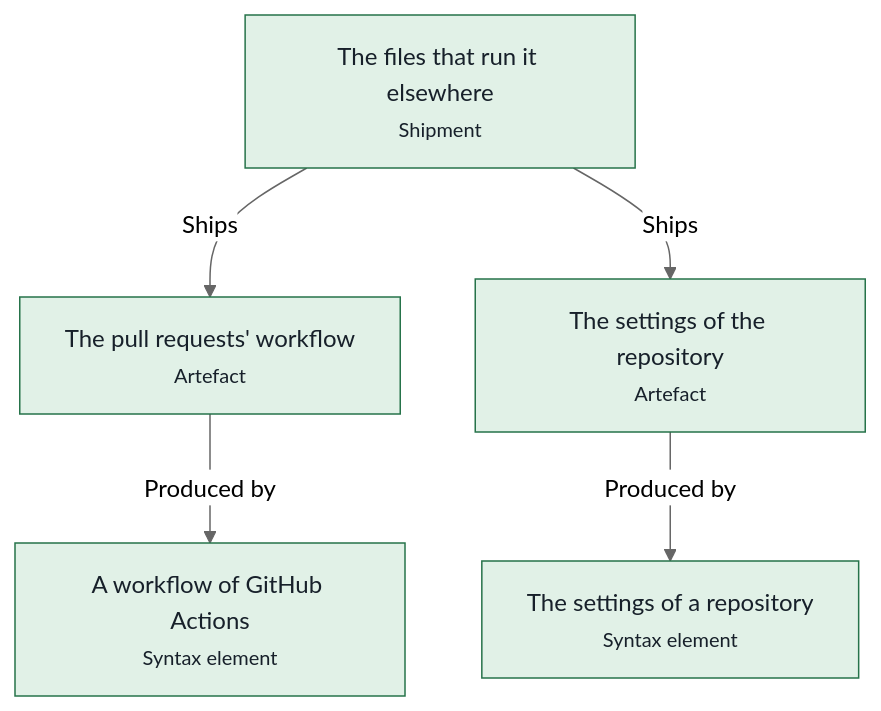
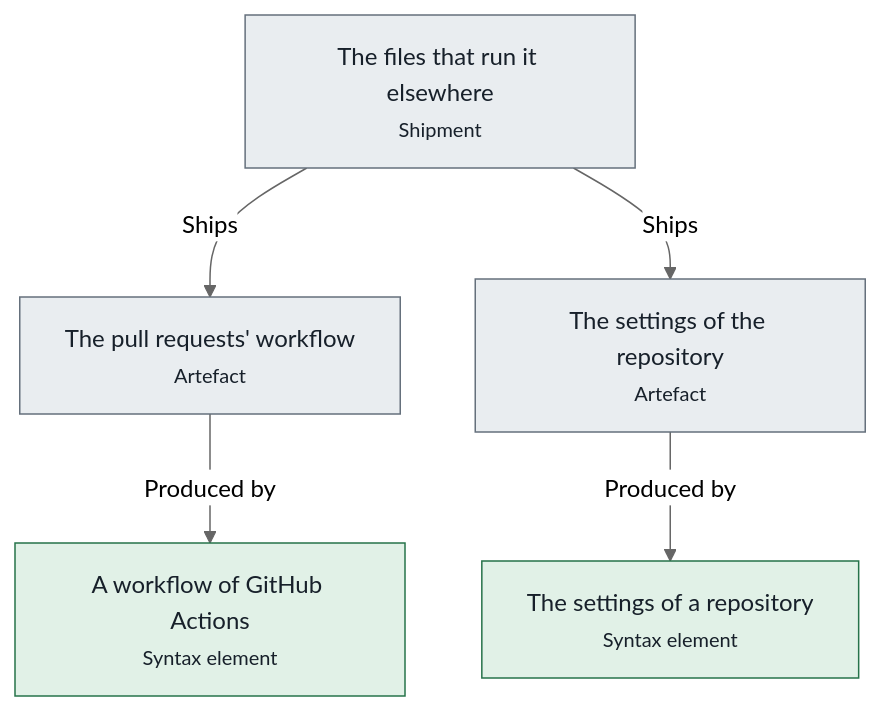
One commit to advancedcognitivesystems-ai/trame changed the third of 3 diagrams in docs/pipelines.md. Above: the diagram before and after it, drawn with Mermaid (neutral theme). The commit also changed other lines of this file and 409 other files, not shown here.

First line of the commit message:
g110: the run plan says the nodes a file written comes from (the artefact, the decision of its settings, the file that declares them)

````diff
--- a/docs/pipelines.md
+++ b/docs/pipelines.md
@@ -448,17 +448,17 @@
 ```mermaid
 flowchart TB
-  n0["The pull requests' workflow<br/><small>Artefact</small>"]:::held
+  n0["The pull requests' workflow<br/><small>Artefact</small>"]:::unknown
   n1["A workflow of GitHub Actions<br/><small>Syntax element</small>"]:::held
-  n2["The settings of the repository<br/><small>Artefact</small>"]:::held
+  n2["The settings of the repository<br/><small>Artefact</small>"]:::unknown
   n3["The settings of a repository<br/><small>Syntax element</small>"]:::held
-  n4["The files that run it elsewhere<br/><small>Shipment</small>"]:::held
+  n4["The files that run it elsewhere<br/><small>Shipment</small>"]:::unknown
   n0 -->|Produced by| n1
   n2 -->|Produced by| n3
   n4 -->|Ships| n0
   n4 -->|Ships| n2
   classDef held fill:#e1f1e7,stroke:#26734a,color:#17202a
   classDef blocked fill:#fbf0d9,stroke:#9a6200,color:#17202a
   classDef violated fill:#f9e3e1,stroke:#ad2a22,color:#17202a
   classDef unknown fill:#e9edf0,stroke:#65707c,color:#17202a
   classDef neutral fill:#ffffff,stroke:#5a6672,color:#17202a
 ```
````
